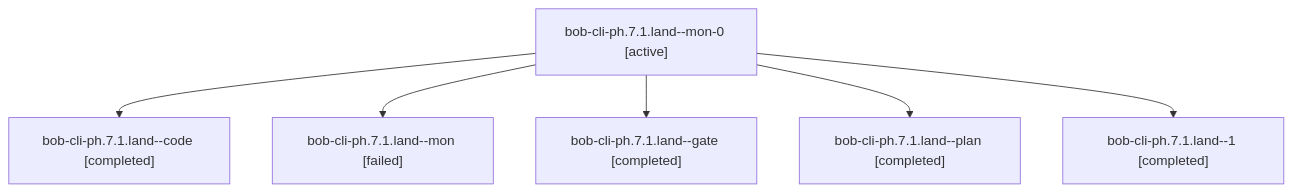
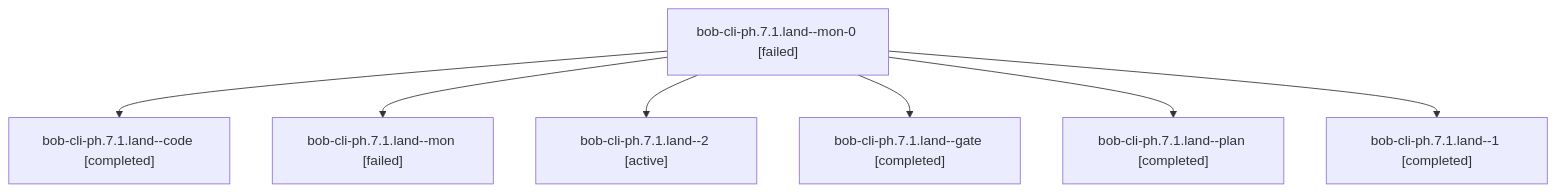
One commit to bobs-org/bob-cli--agents changed the diagram in sessions/bbugyi200.apollo.bob-cli-ph.7.1.land.md. Above: the diagram before and after it, drawn with Mermaid. The commit also changed other lines of this file and 113 other files, not shown here.

````diff
--- a/sessions/bbugyi200.apollo.bob-cli-ph.7.1.land.md
+++ b/sessions/bbugyi200.apollo.bob-cli-ph.7.1.land.md
@@ -9,14 +9,16 @@
 ```mermaid
 flowchart TD
-  n0["bob-cli-ph.7.1.land--mon-0 [active]"]
+  n0["bob-cli-ph.7.1.land--mon-0 [failed]"]
   n1["bob-cli-ph.7.1.land--code [completed]"]
   n0 --> n1
   n2["bob-cli-ph.7.1.land--mon [failed]"]
   n0 --> n2
-  n3["bob-cli-ph.7.1.land--gate [completed]"]
+  n3["bob-cli-ph.7.1.land--2 [active]"]
   n0 --> n3
-  n4["bob-cli-ph.7.1.land--plan [completed]"]
+  n4["bob-cli-ph.7.1.land--gate [completed]"]
   n0 --> n4
-  n5["bob-cli-ph.7.1.land--1 [completed]"]
+  n5["bob-cli-ph.7.1.land--plan [completed]"]
   n0 --> n5
+  n6["bob-cli-ph.7.1.land--1 [completed]"]
+  n0 --> n6
 ```
````
